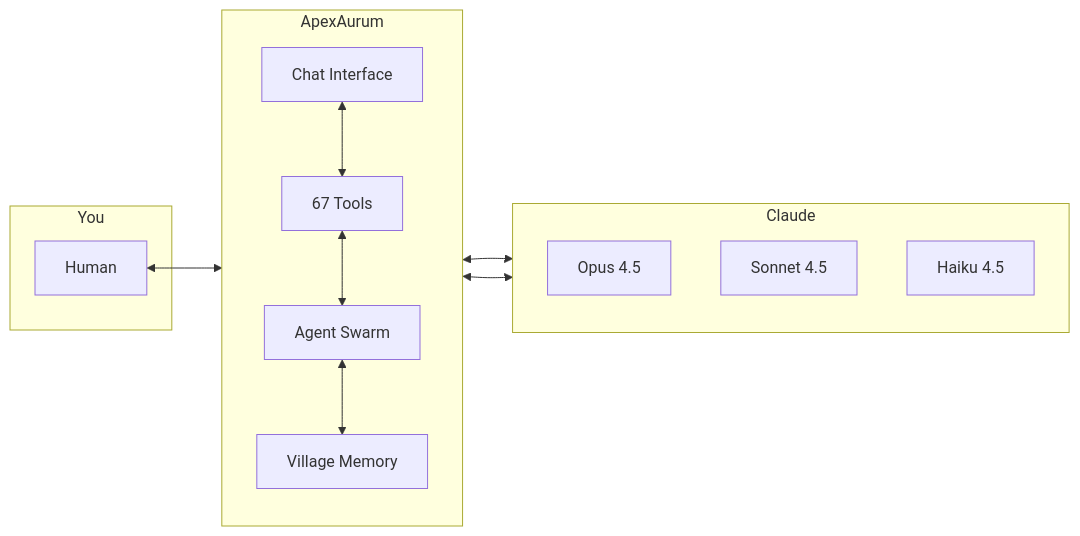
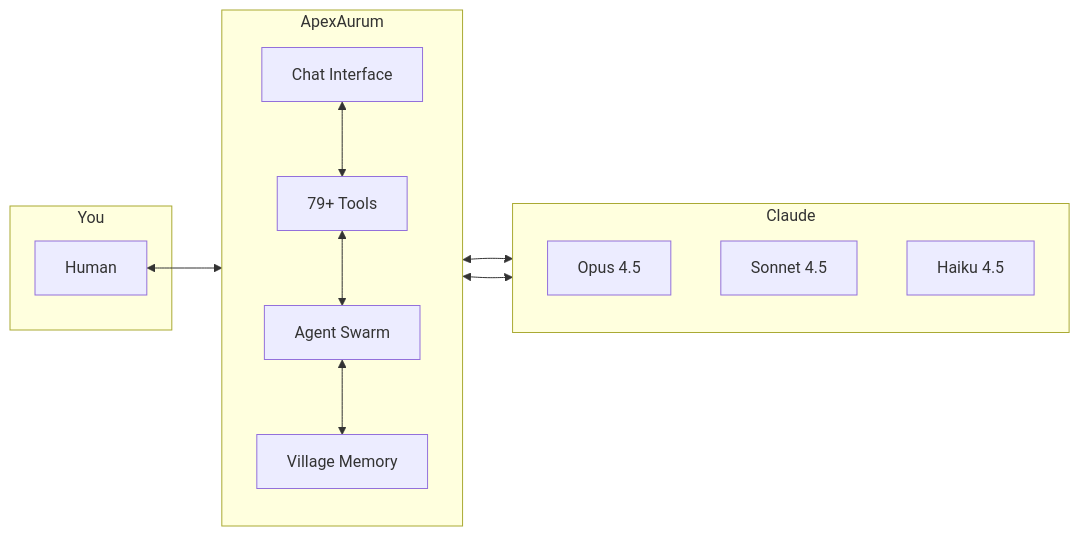
One commit to buckster123/ApexAurum changed the first of 3 diagrams in README.md. Above: the diagram before and after it, drawn with Mermaid. The commit also changed other lines of this file and 1 other file, not shown here.

First line of the commit message:
Update README: 79+ tools, Hailo-10H, FastAPI Lab Edition

````diff
--- a/README.md
+++ b/README.md
@@ -44,27 +45,27 @@
 ```mermaid
 flowchart LR
     subgraph YOU[You]
         HUMAN[Human]
     end
 
     subgraph APEX[ApexAurum]
         direction TB
         CHAT[Chat Interface]
-        TOOLS[67 Tools]
+        TOOLS[79+ Tools]
         AGENTS[Agent Swarm]
         MEMORY[Village Memory]
     end
 
     subgraph AI[Claude]
         OPUS[Opus 4.5]
         SONNET[Sonnet 4.5]
         HAIKU[Haiku 4.5]
     end
 
     HUMAN <--> CHAT
     CHAT <--> TOOLS
     TOOLS <--> AGENTS
     AGENTS <--> MEMORY
     CHAT <--> AI
     AGENTS <--> AI
 ```
````
